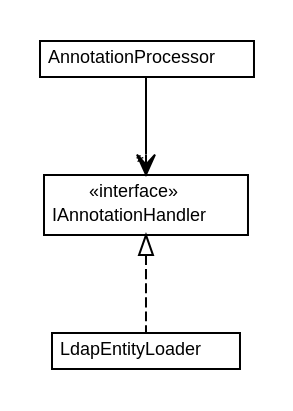
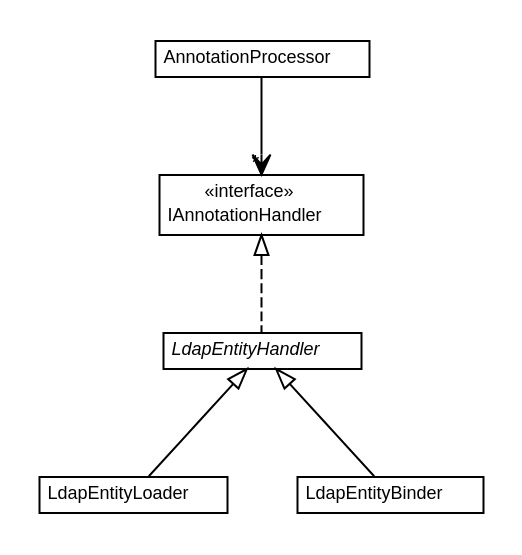
One commit to TrentonAdams/lpa changed the diagram in ca/tnt/ldaputils/annotations/processing/ca.tnt.ldaputils.annotations.processing.dot. Above: the diagram before and after it, drawn with Graphviz. The commit also changed 166 other files, not shown here.

```diff
--- a/ca/tnt/ldaputils/annotations/processing/ca.tnt.ldaputils.annotations.processing.dot
+++ b/ca/tnt/ldaputils/annotations/processing/ca.tnt.ldaputils.annotations.processing.dot
@@ -1,33 +1,49 @@
 #!/usr/local/bin/dot
 #
 # Class diagram 
 # Generated by UmlGraph version 4.6 (http://www.spinellis.gr/sw/umlgraph)
 #
 
 digraph G {
 	edge [fontname="Helvetica",fontsize=10,labelfontname="Helvetica",labelfontsize=10];
 	node [fontname="Helvetica",fontsize=10,shape=plaintext];
+	// ca.tnt.ldaputils.annotations.processing.AnnotationProcessor
+	c133 [label=<<table border="0" cellborder="1" cellspacing="0" cellpadding="2" port="p" href="./AnnotationProcessor.html">
+		<tr><td><table border="0" cellspacing="0" cellpadding="1">
+			<tr><td> AnnotationProcessor </td></tr>
+		</table></td></tr>
+		</table>>, fontname="Helvetica", fontcolor="black", fontsize=9.0];
+	// ca.tnt.ldaputils.annotations.processing.LdapEntityLoader
+	c134 [label=<<table border="0" cellborder="1" cellspacing="0" cellpadding="2" port="p" href="./LdapEntityLoader.html">
+		<tr><td><table border="0" cellspacing="0" cellpadding="1">
+			<tr><td> LdapEntityLoader </td></tr>
+		</table></td></tr>
+		</table>>, fontname="Helvetica", fontcolor="black", fontsize=9.0];
+	// ca.tnt.ldaputils.annotations.processing.LdapEntityHandler
+	c135 [label=<<table border="0" cellborder="1" cellspacing="0" cellpadding="2" port="p" href="./LdapEntityHandler.html">
+		<tr><td><table border="0" cellspacing="0" cellpadding="1">
+			<tr><td><font face="Helvetica-Oblique"> LdapEntityHandler </font></td></tr>
+		</table></td></tr>
+		</table>>, fontname="Helvetica", fontcolor="black", fontsize=9.0];
+	// ca.tnt.ldaputils.annotations.processing.LdapEntityBinder
+	c136 [label=<<table border="0" cellborder="1" cellspacing="0" cellpadding="2" port="p" href="./LdapEntityBinder.html">
+		<tr><td><table border="0" cellspacing="0" cellpadding="1">
+			<tr><td> LdapEntityBinder </td></tr>
+		</table></td></tr>
+		</table>>, fontname="Helvetica", fontcolor="black", fontsize=9.0];
 	// ca.tnt.ldaputils.annotations.processing.IAnnotationHandler
-	c120 [label=<<table border="0" cellborder="1" cellspacing="0" cellpadding="2" port="p" href="./IAnnotationHandler.html">
+	c137 [label=<<table border="0" cellborder="1" cellspacing="0" cellpadding="2" port="p" href="./IAnnotationHandler.html">
 		<tr><td><table border="0" cellspacing="0" cellpadding="1">
 			<tr><td> &laquo;interface&raquo; </td></tr>
 			<tr><td> IAnnotationHandler </td></tr>
 		</table></td></tr>
 		</table>>, fontname="Helvetica", fontcolor="black", fontsize=9.0];
-	// ca.tnt.ldaputils.annotations.processing.AnnotationProcessor
-	c121 [label=<<table border="0" cellborder="1" cellspacing="0" cellpadding="2" port="p" href="./AnnotationProcessor.html">
-		<tr><td><table border="0" cellspacing="0" cellpadding="1">
-			<tr><td> AnnotationProcessor </td></tr>
-		</table></td></tr>
-		</table>>, fontname="Helvetica", fontcolor="black", fontsize=9.0];
-	// ca.tnt.ldaputils.annotations.processing.LdapEntityLoader
-	c122 [label=<<table border="0" cellborder="1" cellspacing="0" cellpadding="2" port="p" href="./LdapEntityLoader.html">
-		<tr><td><table border="0" cellspacing="0" cellpadding="1">
-			<tr><td> LdapEntityLoader </td></tr>
-		</table></td></tr>
-		</table>>, fontname="Helvetica", fontcolor="black", fontsize=9.0];
-	//ca.tnt.ldaputils.annotations.processing.LdapEntityLoader implements ca.tnt.ldaputils.annotations.processing.IAnnotationHandler
-	c120:p -> c122:p [dir=back,arrowtail=empty,style=dashed];
+	//ca.tnt.ldaputils.annotations.processing.LdapEntityLoader extends ca.tnt.ldaputils.annotations.processing.LdapEntityHandler
+	c135:p -> c134:p [dir=back,arrowtail=empty];
+	//ca.tnt.ldaputils.annotations.processing.LdapEntityHandler implements ca.tnt.ldaputils.annotations.processing.IAnnotationHandler
+	c137:p -> c135:p [dir=back,arrowtail=empty,style=dashed];
+	//ca.tnt.ldaputils.annotations.processing.LdapEntityBinder extends ca.tnt.ldaputils.annotations.processing.LdapEntityHandler
+	c135:p -> c136:p [dir=back,arrowtail=empty];
 	// ca.tnt.ldaputils.annotations.processing.AnnotationProcessor NAVASSOC ca.tnt.ldaputils.annotations.processing.IAnnotationHandler
-	c121:p -> c120:p [taillabel="", label="", headlabel="*", fontname="Helvetica", fontcolor="black", fontsize=10.0, color="black", arrowhead=open];
+	c133:p -> c137:p [taillabel="", label="", headlabel="*", fontname="Helvetica", fontcolor="black", fontsize=10.0, color="black", arrowhead=open];
 }
```
